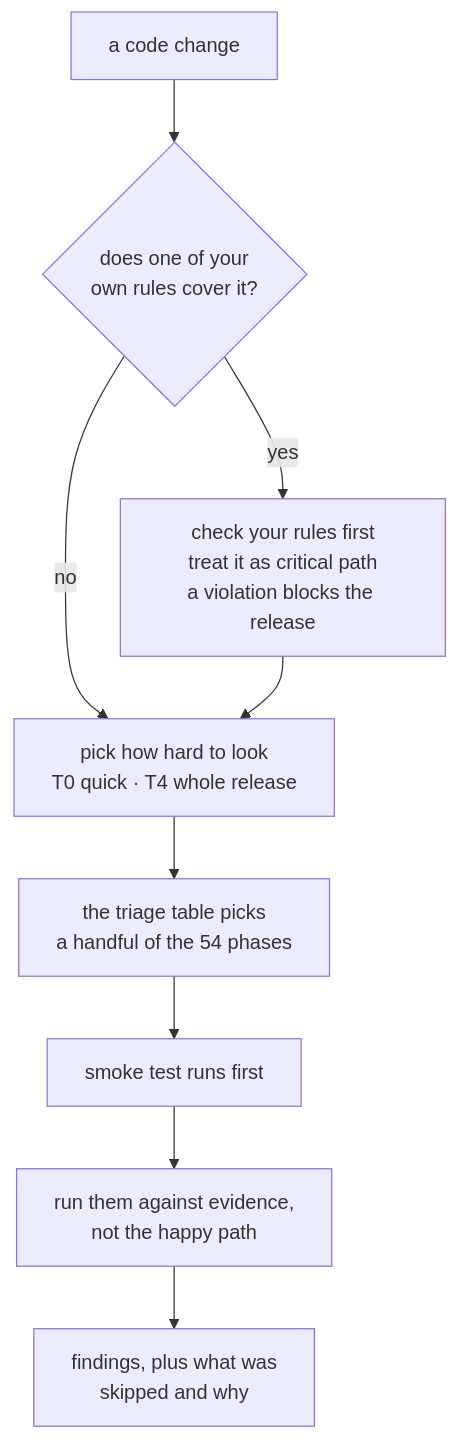
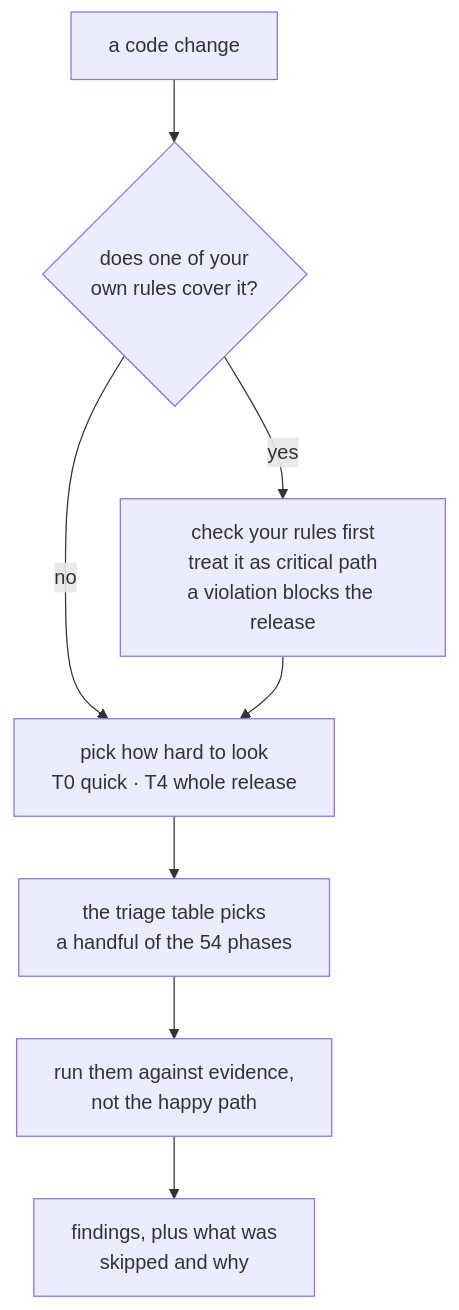
One commit to sturec5/code-audit-protocol changed the diagram in README.md. Above: the diagram before and after it, drawn with Mermaid. The commit also changed other lines of this file and 6 other files, not shown here.

````diff
--- a/README.md
+++ b/README.md
@@ -47,11 +47,10 @@
 ```mermaid
 flowchart TD
     A["a code change"] --> B{"does one of your<br/>own rules cover it?"}
     B -- yes --> C["check your rules first<br/>treat it as critical path<br/>a violation blocks the release"]
     B -- no --> D["pick how hard to look<br/>T0 quick · T4 whole release"]
     C --> D
     D --> E["the triage table picks<br/>a handful of the 54 phases"]
-    E --> F["smoke test runs first"]
-    F --> G["run them against evidence,<br/>not the happy path"]
-    G --> H["findings, plus what was<br/>skipped and why"]
+    E --> F["run them against evidence,<br/>not the happy path"]
+    F --> G["findings, plus what was<br/>skipped and why"]
 ```
````
